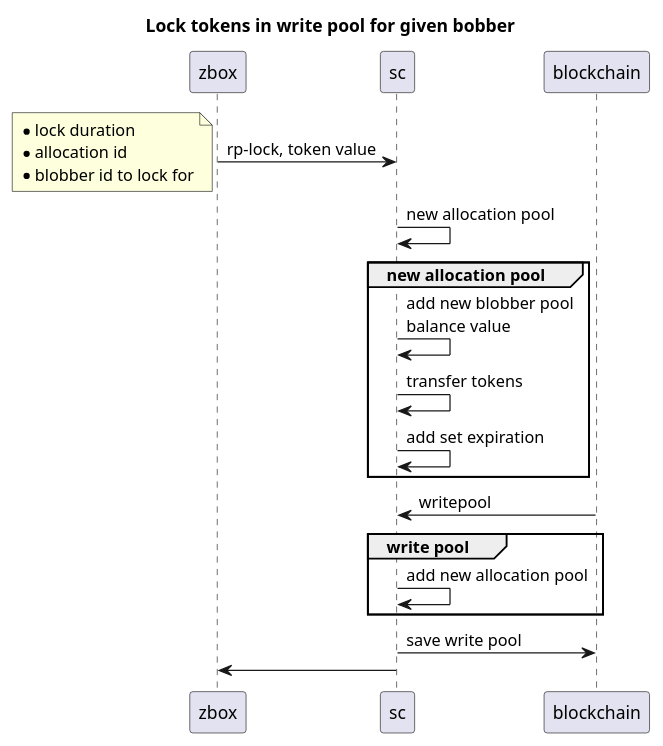
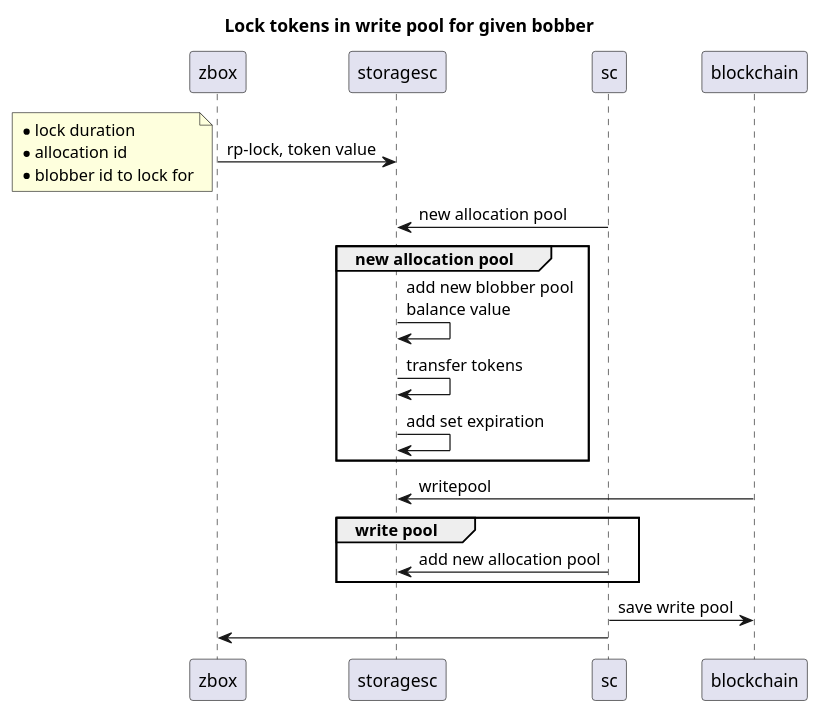
Before and after one commit to 0chain/zboxcli: diagram 30 of 32 in documents/uml.md, drawn with PlantUML. The commit also changed other lines of this file and 1 other file, not shown here.

````diff
--- a/documents/uml.md
+++ b/documents/uml.md
@@ -689,21 +695,21 @@
 ```puml
 title Lock tokens in write pool for given bobber
-zbox -> sc : rp-lock, token value
+zbox ->storagesc: rp-lock, token value
 note left
     * lock duration
     * allocation id
     * blobber id to lock for
 end note 
-sc -> sc : new allocation pool
+sc ->storagesc: new allocation pool
 group new allocation pool
-    sc -> sc : add new blobber pool\nbalance value
-    sc -> sc : transfer tokens
-    sc -> sc : add set expiration
+   storagesc->storagesc: add new blobber pool\nbalance value
+   storagesc->storagesc: transfer tokens
+   storagesc->storagesc: add set expiration
 end
-blockchain -> sc : writepool
+blockchain ->storagesc: writepool
 group write pool
-sc -> sc : add new allocation pool
+sc ->storagesc: add new allocation pool
 end 
 sc -> blockchain : save write pool
 sc -> zbox
 ```
````
